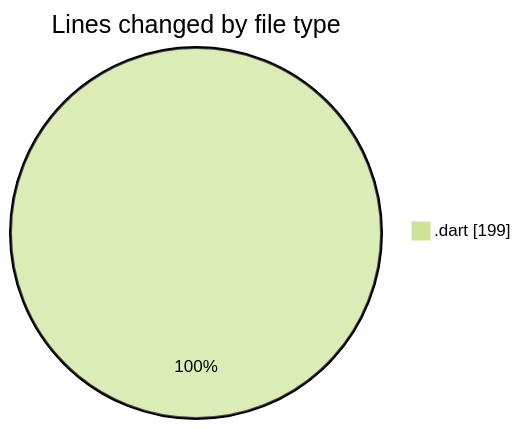
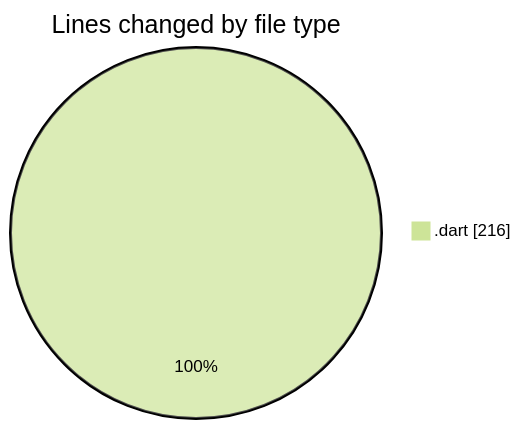
The first of 2 diagrams in 2025-03-25/wordle/README.md (donsfak/code-tracking), drawn with Mermaid (forest theme) before and after one commit. The commit also changed other lines of this file and 1 other file, not shown here.

````diff
--- a/2025-03-25/wordle/README.md
+++ b/2025-03-25/wordle/README.md
@@ -25,5 +25,5 @@
 ```mermaid
 pie showData
 title Lines changed by file type
-".dart" : 199
+".dart" : 216
 ```
````
